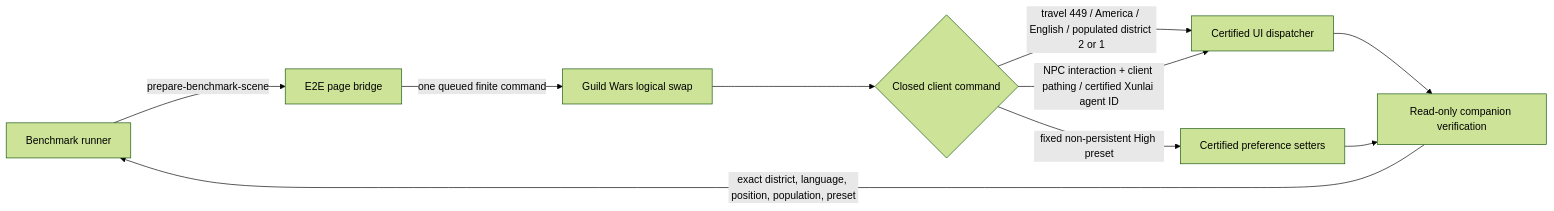
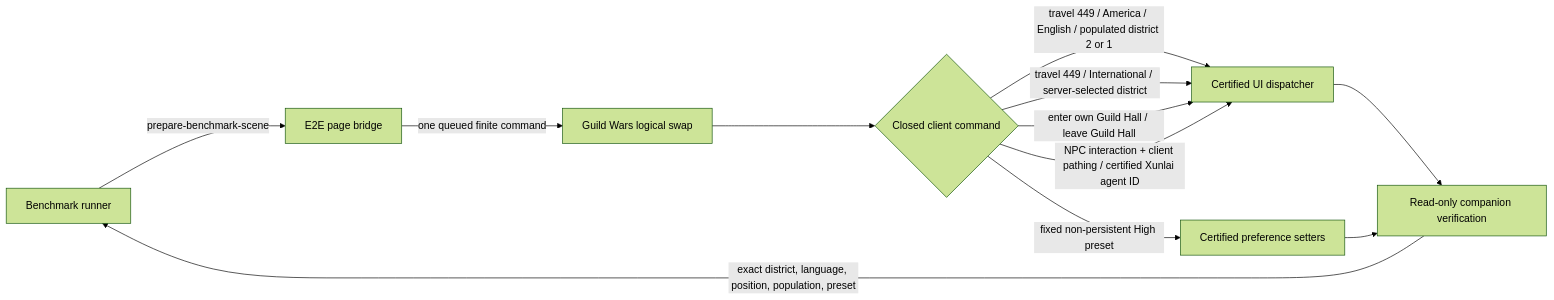
Before and after one commit to jean-humann/gwnative: the second of 3 diagrams in docs/performance.md, drawn with Mermaid (forest theme). The commit also changed other lines of this file and 3 other files, not shown here.

````diff
--- a/docs/performance.md
+++ b/docs/performance.md
@@ -146,12 +156,14 @@
 ```mermaid
 flowchart LR
     R["Benchmark runner"] -->|"prepare-benchmark-scene"| P["E2E page bridge"]
     P -->|"one queued finite command"| S["Guild Wars logical swap"]
     S --> C{"Closed client command"}
     C -->|"travel 449 / America / English / populated district 2 or 1"| U["Certified UI dispatcher"]
+    C -->|"travel 449 / International / server-selected district"| U
+    C -->|"enter own Guild Hall / leave Guild Hall"| U
     C -->|"NPC interaction + client pathing / certified Xunlai agent ID"| U
     C -->|"fixed non-persistent High preset"| G["Certified preference setters"]
     U --> V["Read-only companion verification"]
     G --> V
     V -->|"exact district, language, position, population, preset"| R
 ```
````
